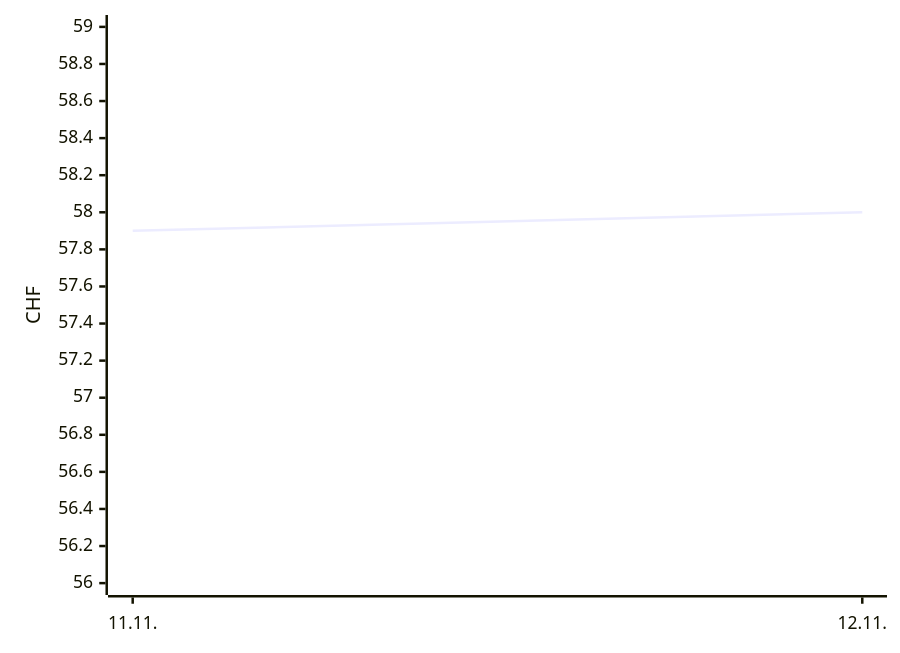
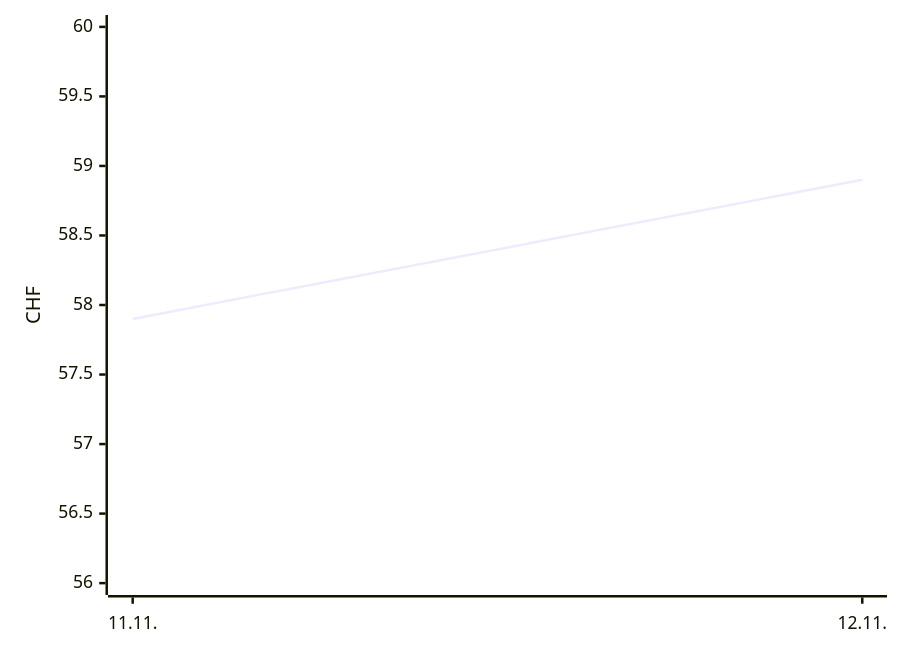
One commit to Akira2828/my-Galaxus-MCP changed the second of 2 diagrams in README.md. Above: the diagram before and after it, drawn with Mermaid. The commit also changed other lines of this file and 1 other file, not shown here.

Commit message:
Preise aktualisiert

````diff
--- a/README.md
+++ b/README.md
@@ -25,6 +25,6 @@
 ```mermaid
 xychart-beta
   x-axis ["11.11.", "12.11."]
-  y-axis "CHF" 56 --> 59
-  line [57.9, 58]
+  y-axis "CHF" 56 --> 60
+  line [57.9, 58.9]
 ```
````
